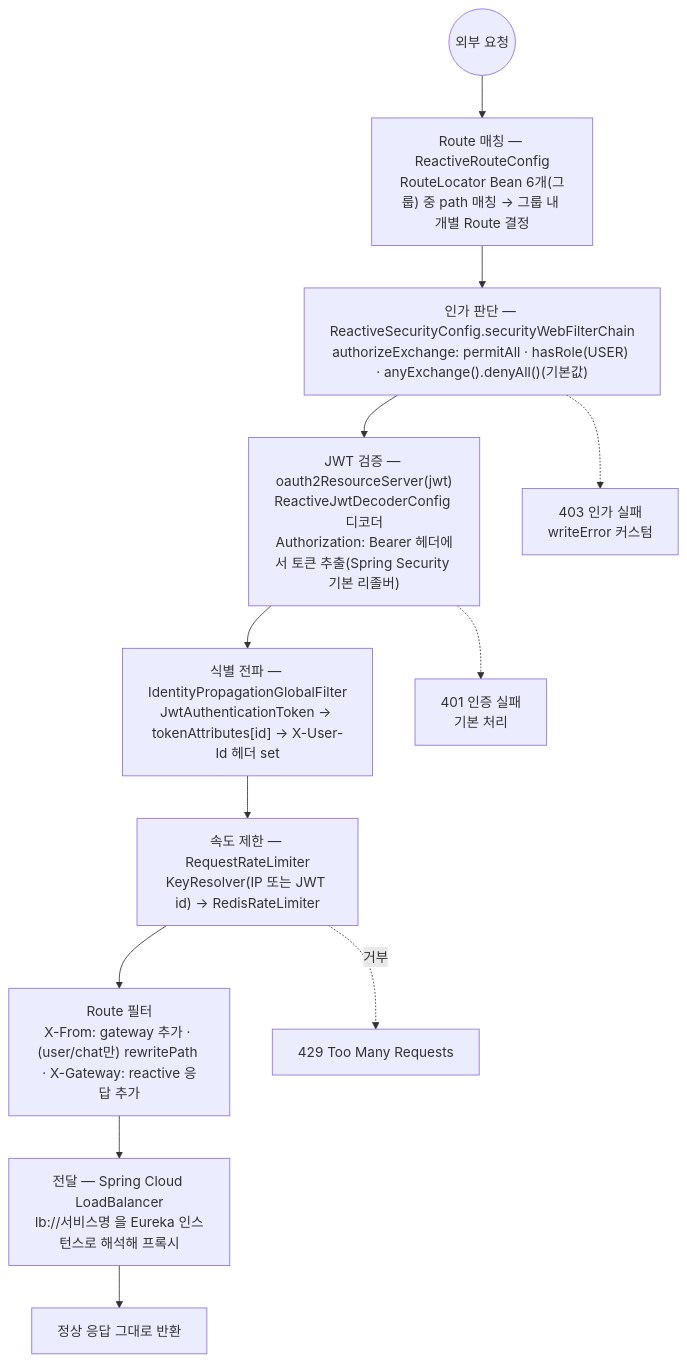
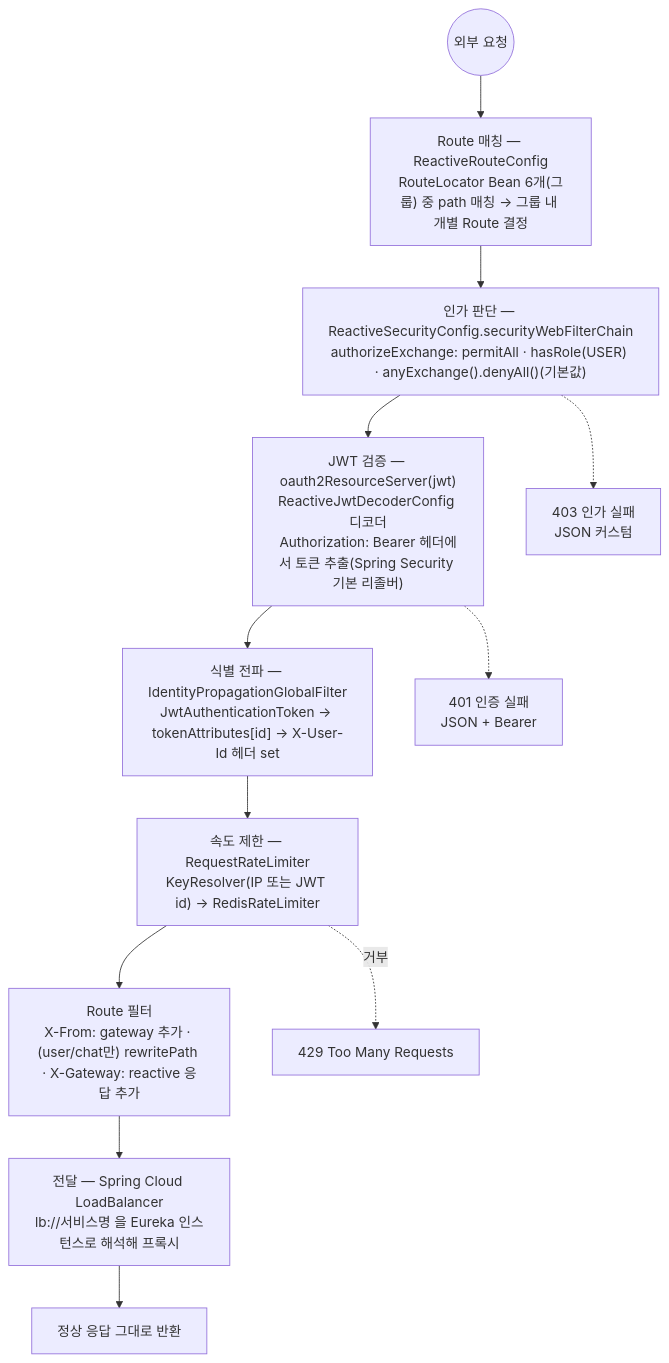
One commit to noah0504789/crypto-project-backend changed the first of 3 diagrams in docs/modules/API_GATEWAY.md. Above: the diagram before and after it, drawn with Mermaid. The commit also changed other lines of this file and 4 other files, not shown here.

````diff
--- a/docs/modules/API_GATEWAY.md
+++ b/docs/modules/API_GATEWAY.md
@@ -64,20 +64,20 @@
 ```mermaid
 graph TB
   REQ(("외부 요청"))
   ROUTE["Route 매칭 — ReactiveRouteConfig<br/>RouteLocator Bean 6개(그룹) 중 path 매칭 → 그룹 내 개별 Route 결정"]
   AUTHZ["인가 판단 — ReactiveSecurityConfig.securityWebFilterChain<br/>authorizeExchange: permitAll · hasRole(USER) · anyExchange().denyAll()(기본값)"]
   JWT["JWT 검증 — oauth2ResourceServer(jwt)<br/>ReactiveJwtDecoderConfig 디코더<br/>Authorization: Bearer 헤더에서 토큰 추출(Spring Security 기본 리졸버)"]
   ID["식별 전파 — IdentityPropagationGlobalFilter<br/>JwtAuthenticationToken → tokenAttributes[id] → X-User-Id 헤더 set"]
   RL["속도 제한 — RequestRateLimiter<br/>KeyResolver(IP 또는 JWT id) → RedisRateLimiter"]
   FILT["Route 필터<br/>X-From: gateway 추가 · (user/chat만) rewritePath · X-Gateway: reactive 응답 추가"]
   LB["전달 — Spring Cloud LoadBalancer<br/>lb://서비스명 을 Eureka 인스턴스로 해석해 프록시"]
   OK["정상 응답 그대로 반환"]
-  E401["401 인증 실패<br/>기본 처리"]
-  E403["403 인가 실패<br/>writeError 커스텀"]
+  E401["401 인증 실패<br/>JSON + Bearer"]
+  E403["403 인가 실패<br/>JSON 커스텀"]
   E429["429 Too Many Requests"]
 
   REQ --> ROUTE --> AUTHZ --> JWT --> ID --> RL --> FILT --> LB --> OK
   AUTHZ -.-> E403
   JWT -.-> E401
   RL -.->|"거부"| E429
 ```
````
